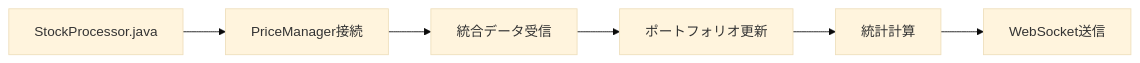
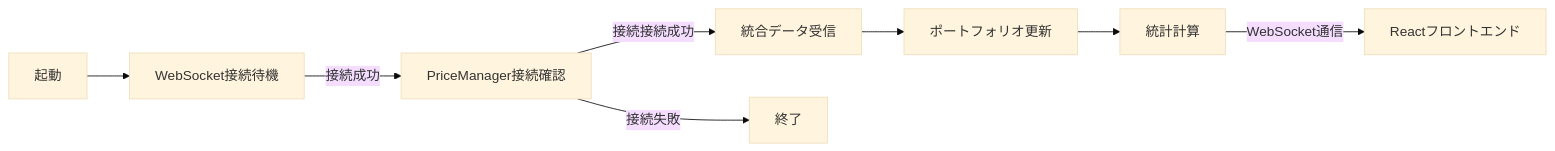
One commit to Vigener/RealTime-Data changed the second of 3 diagrams in work-06/report/最終レポート_finalReport.md. Above: the diagram before and after it, drawn with Mermaid (base theme). The commit also changed other lines of this file and 7 other files, not shown here.

````diff
--- a/work-06/report/最終レポート_finalReport.md
+++ b/work-06/report/最終レポート_finalReport.md
@@ -333,11 +304,13 @@
    ```mermaid
    flowchart LR
-     SP[StockProcessor.java]
-     PMC[PriceManager接続]
+     ST[起動]
+     WC[WebSocket接続待機]
+     PMC[PriceManager接続確認]
      DR[統合データ受信]
      PU[ポートフォリオ更新]
      SC[統計計算]
-     WS[WebSocket送信]
+     FE[Reactフロントエンド]
 
-     SP --> PMC --> DR --> PU --> SC --> WS
+     ST --> WC -->|接続成功| PMC --> |接続接続成功| DR --> PU --> SC --> |WebSocket通信| FE
+     PMC --> |接続失敗| 終了
    ```
````
